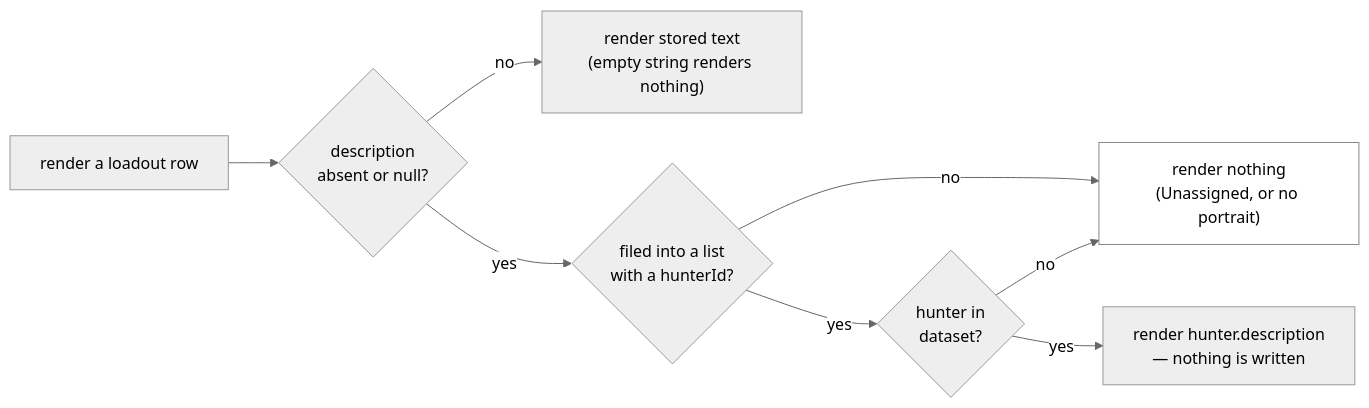
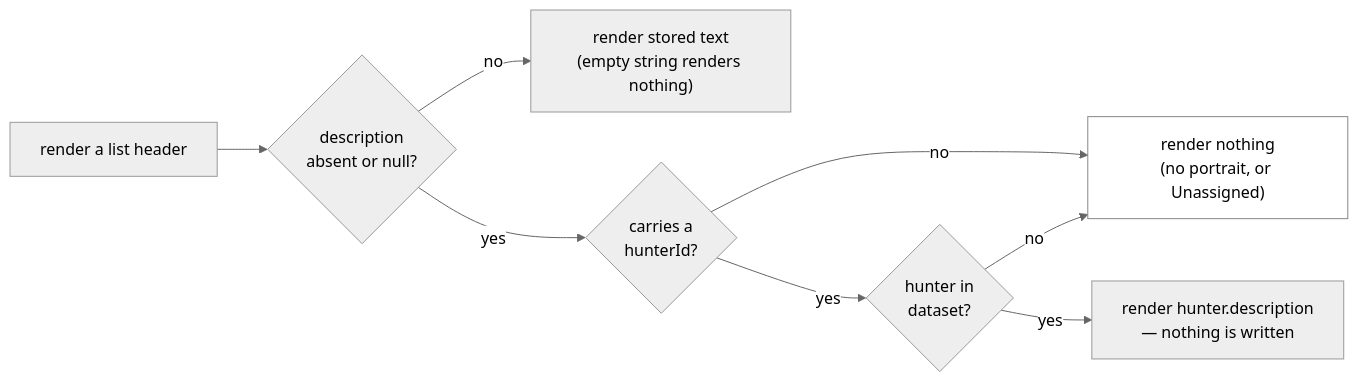
The second of 4 diagrams in docs/openspec/specs/hunter-loadout-lists/design.md (jonstump/the-outfitter), drawn with Mermaid (neutral theme) before and after one commit. The commit also changed other lines of this file and 12 other files, not shown here.

First line of the commit message:
feat(lists): split the description in two, and put the inherited one on the list (#191)

````diff
--- a/docs/openspec/specs/hunter-loadout-lists/design.md
+++ b/docs/openspec/specs/hunter-loadout-lists/design.md
@@ -375,11 +390,11 @@
 ```mermaid
 flowchart LR
-    A["render a loadout row"] --> B{"description<br/>absent or null?"}
+    A["render a list header"] --> B{"description<br/>absent or null?"}
     B -->|"no"| C["render stored text<br/>(empty string renders nothing)"]
-    B -->|"yes"| D{"filed into a list<br/>with a hunterId?"}
-    D -->|"no"| E["render nothing<br/>(Unassigned, or no portrait)"]
+    B -->|"yes"| D{"carries a<br/>hunterId?"}
+    D -->|"no"| E["render nothing<br/>(no portrait, or Unassigned)"]
     D -->|"yes"| F{"hunter in<br/>dataset?"}
     F -->|"no"| E
     F -->|"yes"| G["render hunter.description<br/>— nothing is written"]
     style E fill:none,stroke:#888
 ```
````
